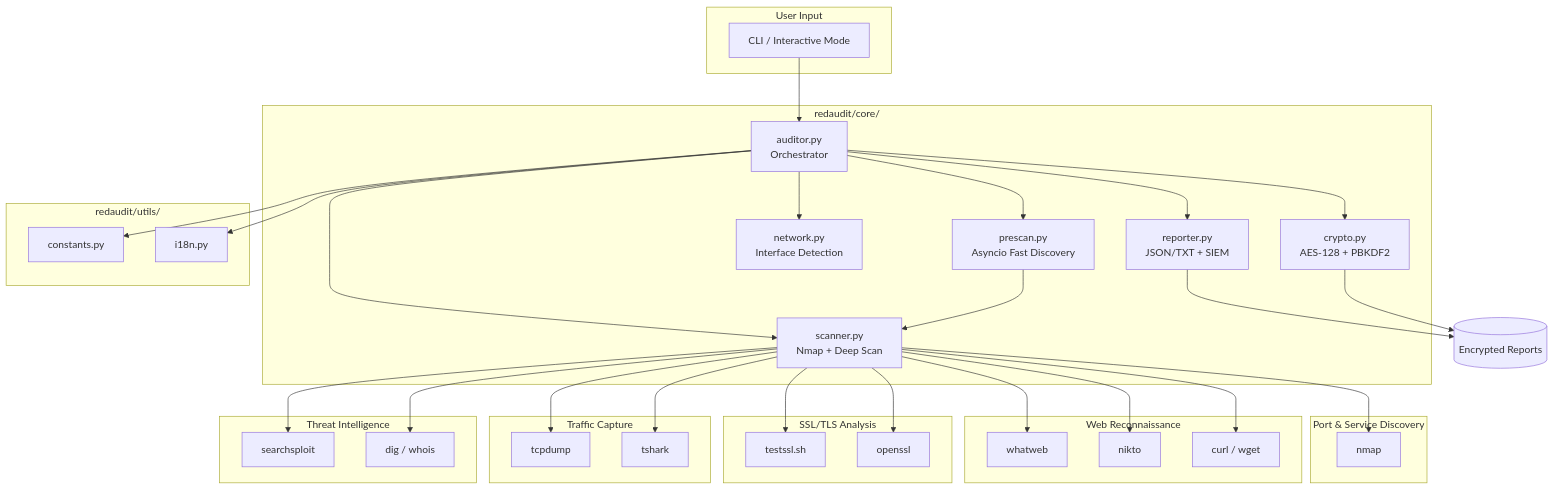
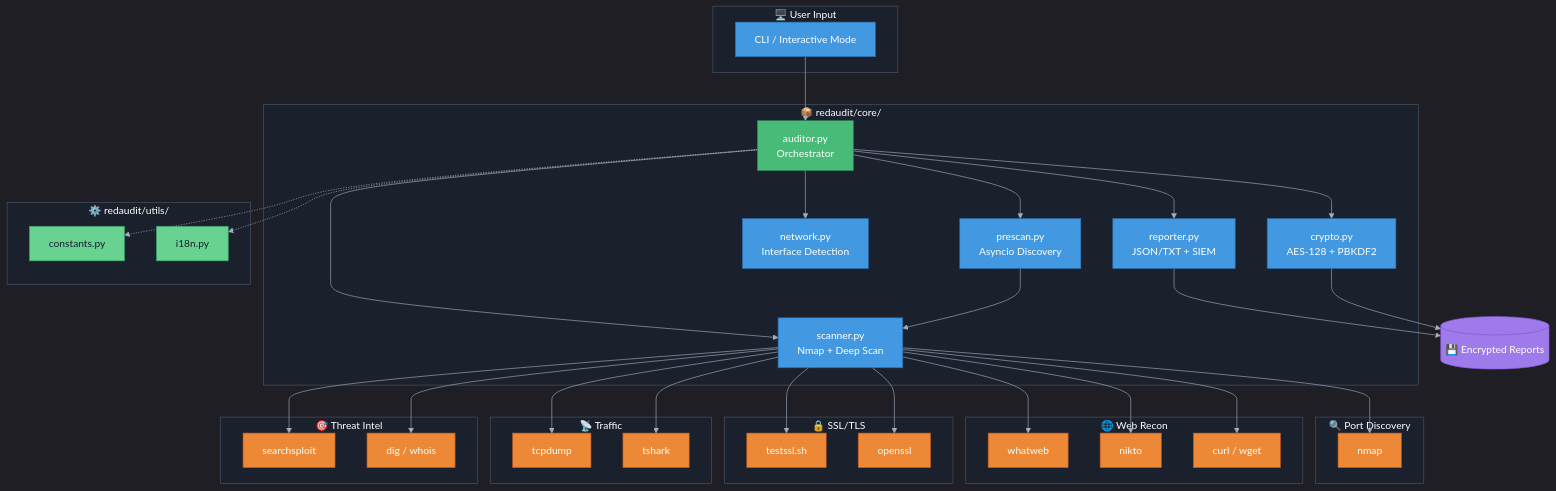
Before and after one commit to dorinbadea/RedAudit: the diagram in README.md, drawn with Mermaid. The commit also changed other lines of this file and 2 other files, not shown here.

Commit message:
docs: Add static system overview diagram and enhance Mermaid diagram styling in READMEs.

````diff
--- a/README.md
+++ b/README.md
@@ -45,57 +47,79 @@
 ```mermaid
+%%{init: {'theme': 'dark', 'themeVariables': { 'primaryColor': '#1a365d', 'primaryTextColor': '#fff', 'primaryBorderColor': '#4299e1', 'lineColor': '#a0aec0', 'secondaryColor': '#2d3748', 'tertiaryColor': '#1a202c', 'background': '#0d1117', 'mainBkg': '#0d1117', 'nodeBorder': '#4299e1', 'clusterBkg': '#1a202c', 'clusterBorder': '#4a5568', 'titleColor': '#fff'}}}%%
 flowchart TB
-    subgraph Input["User Input"]
-        A[CLI / Interactive Mode]
+    subgraph Input["🖥️ User Input"]
+        A["CLI / Interactive Mode"]
     end
     
-    subgraph Core["redaudit/core/"]
-        B[auditor.py<br/>Orchestrator]
-        C[scanner.py<br/>Nmap + Deep Scan]
-        C2[prescan.py<br/>Asyncio Fast Discovery]
-        D[network.py<br/>Interface Detection]
-        E[reporter.py<br/>JSON/TXT + SIEM]
-        F[crypto.py<br/>AES-128 + PBKDF2]
+    subgraph Core["📦 redaudit/core/"]
+        B["auditor.py<br/>Orchestrator"]
+        C["scanner.py<br/>Nmap + Deep Scan"]
+        C2["prescan.py<br/>Asyncio Discovery"]
+        D["network.py<br/>Interface Detection"]
+        E["reporter.py<br/>JSON/TXT + SIEM"]
+        F["crypto.py<br/>AES-128 + PBKDF2"]
     end
     
-    subgraph Utils["redaudit/utils/"]
-        G[constants.py]
-        H[i18n.py]
+    subgraph Utils["⚙️ redaudit/utils/"]
+        G["constants.py"]
+        H["i18n.py"]
     end
     
-    subgraph Scanning["Port & Service Discovery"]
-        I[nmap]
+    subgraph Scanning["🔍 Port Discovery"]
+        I["nmap"]
     end
     
-    subgraph WebAudit["Web Reconnaissance"]
-        J[whatweb]
-        K[nikto]
-        L[curl / wget]
+    subgraph WebAudit["🌐 Web Recon"]
+        J["whatweb"]
+        K["nikto"]
+        L["curl / wget"]
     end
     
-    subgraph SSL["SSL/TLS Analysis"]
-        M[testssl.sh]
-        N[openssl]
+    subgraph SSL["🔒 SSL/TLS"]
+        M["testssl.sh"]
+        N["openssl"]
     end
     
-    subgraph Traffic["Traffic Capture"]
-        O[tcpdump]
-        P[tshark]
+    subgraph Traffic["📡 Traffic"]
+        O["tcpdump"]
+        P["tshark"]
     end
     
-    subgraph Intel["Threat Intelligence"]
-        Q[searchsploit]
-        R[dig / whois]
+    subgraph Intel["🎯 Threat Intel"]
+        Q["searchsploit"]
+        R["dig / whois"]
     end
     
     A --> B
     B --> C & C2 & D & E & F
-    B --> G & H
+    B -.-> G & H
     C2 --> C
     C --> I
     C --> J & K & L
     C --> M & N
     C --> O & P
     C --> Q & R
-    E --> Output[(Encrypted Reports)]
+    E --> Output[("💾 Encrypted Reports")]
     F --> Output
+
+    style A fill:#4299e1,stroke:#2b6cb0,color:#fff
+    style B fill:#48bb78,stroke:#2f855a,color:#fff
+    style C fill:#4299e1,stroke:#2b6cb0,color:#fff
+    style C2 fill:#4299e1,stroke:#2b6cb0,color:#fff
+    style D fill:#4299e1,stroke:#2b6cb0,color:#fff
+    style E fill:#4299e1,stroke:#2b6cb0,color:#fff
+    style F fill:#4299e1,stroke:#2b6cb0,color:#fff
+    style G fill:#68d391,stroke:#38a169,color:#1a202c
+    style H fill:#68d391,stroke:#38a169,color:#1a202c
+    style I fill:#ed8936,stroke:#c05621,color:#fff
+    style J fill:#ed8936,stroke:#c05621,color:#fff
+    style K fill:#ed8936,stroke:#c05621,color:#fff
+    style L fill:#ed8936,stroke:#c05621,color:#fff
+    style M fill:#ed8936,stroke:#c05621,color:#fff
+    style N fill:#ed8936,stroke:#c05621,color:#fff
+    style O fill:#ed8936,stroke:#c05621,color:#fff
+    style P fill:#ed8936,stroke:#c05621,color:#fff
+    style Q fill:#ed8936,stroke:#c05621,color:#fff
+    style R fill:#ed8936,stroke:#c05621,color:#fff
+    style Output fill:#9f7aea,stroke:#805ad5,color:#fff
 ```
````
